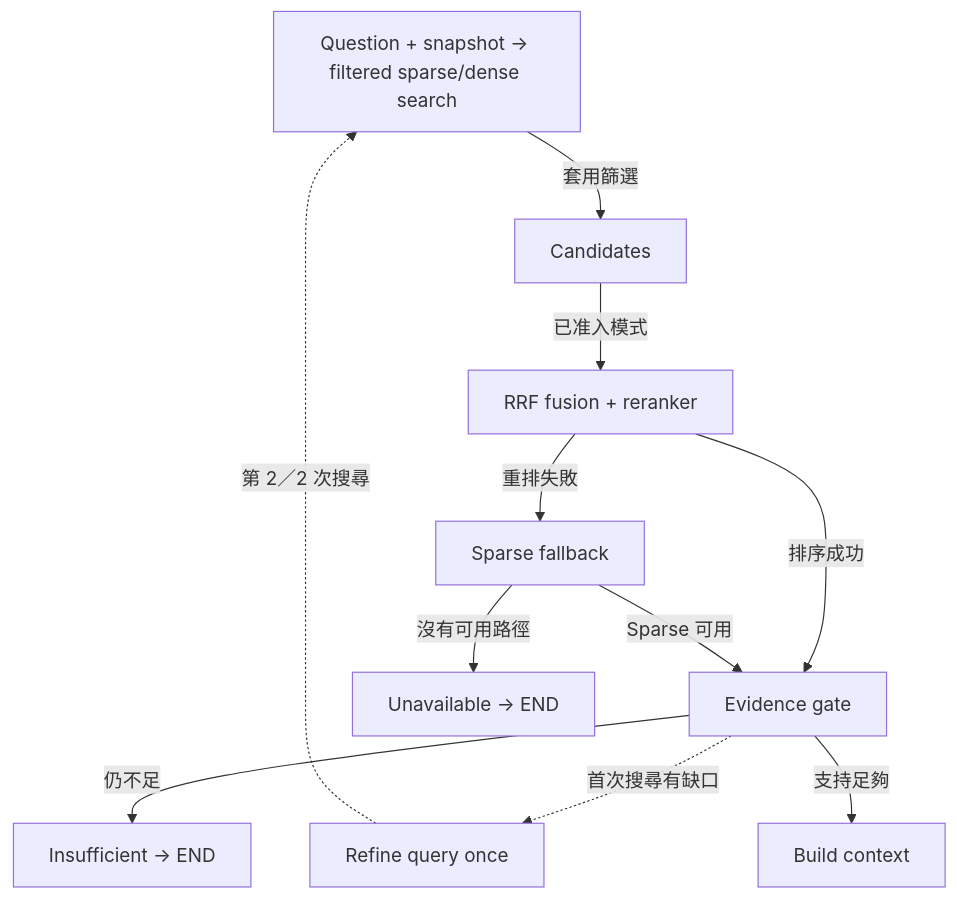
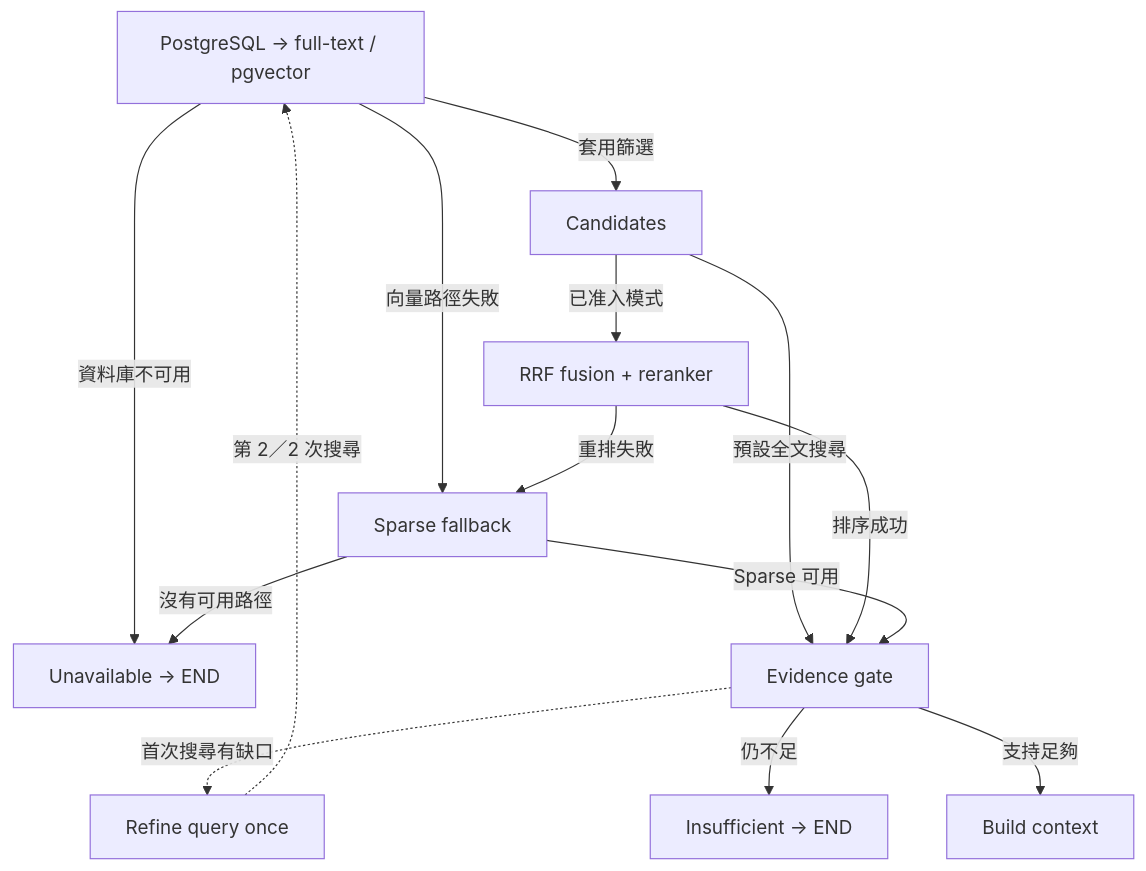
One commit to ByronHo68/ai-learning-academy changed the diagram in public/downloads/finance-diagrams/retrieval-zh.mmd. Above: the diagram before and after it, drawn with Mermaid. The commit also changed 66 other files, not shown here.

Commit message:
Use PostgreSQL for the finance database and retrieval baseline

```diff
--- a/public/downloads/finance-diagrams/retrieval-zh.mmd
+++ b/public/downloads/finance-diagrams/retrieval-zh.mmd
@@ -1,20 +1,23 @@
 flowchart TD
-  n0["Question + snapshot → filtered sparse/dense search"]
-  n1["Candidates"]
-  n2["RRF fusion + reranker"]
+  n0["PostgreSQL → full-text / pgvector"]
+  n1["Unavailable → END"]
+  n2["Candidates"]
   n3["Evidence gate"]
-  n4["Sparse fallback"]
-  n5["Unavailable → END"]
+  n4["RRF fusion + reranker"]
+  n5["Sparse fallback"]
   n6["Refine query once"]
   n7["Insufficient → END"]
   n8["Build context"]
-  n0 -- "套用篩選" --> n1
-  n1 -- "已准入模式" --> n2
-  n2 -- "排序成功" --> n3
-  n2 -- "重排失敗" --> n4
-  n4 -- "Sparse 可用" --> n3
-  n4 -- "沒有可用路徑" --> n5
+  n0 -- "資料庫不可用" --> n1
+  n0 -- "套用篩選" --> n2
+  n2 -- "預設全文搜尋" --> n3
+  n2 -- "已准入模式" --> n4
+  n4 -- "排序成功" --> n3
+  n0 -- "向量路徑失敗" --> n5
+  n4 -- "重排失敗" --> n5
+  n5 -- "Sparse 可用" --> n3
+  n5 -- "沒有可用路徑" --> n1
   n3 -. "首次搜尋有缺口" .-> n6
   n6 -. "第 2／2 次搜尋" .-> n0
   n3 -- "仍不足" --> n7
   n3 -- "支持足夠" --> n8
```
